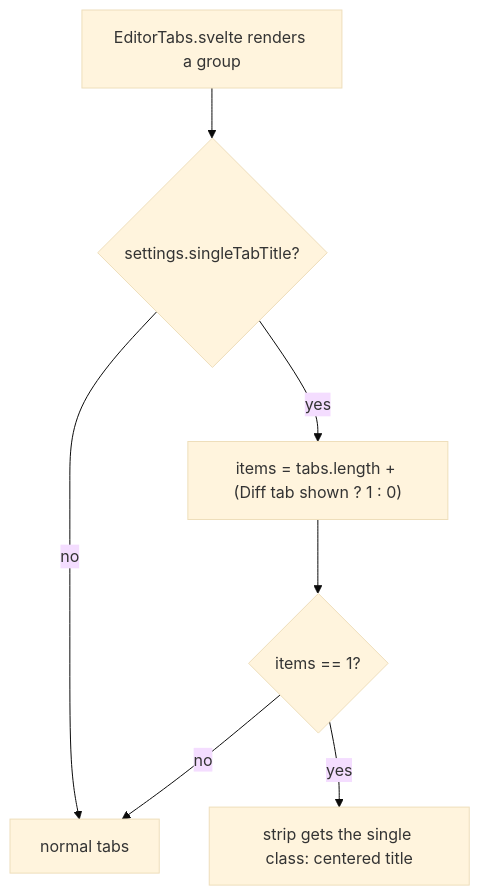
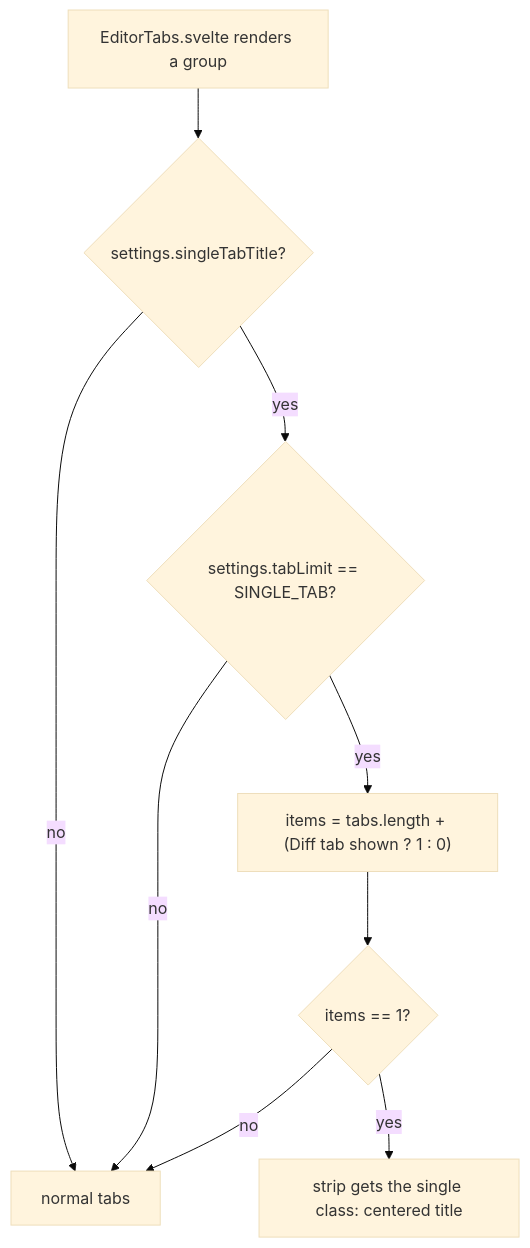
The diagram in docs/wiki/developer/How-the-Single-Tab-Title-Works.md (shibbirweb/git-manager), drawn with Mermaid (base theme) before and after one commit. The commit also changed other lines of this file and 9 other files, not shown here.

Commit message:
feat:[GM-8] show the single tab title only when Tab limit is set to Single tab

````diff
--- a/docs/wiki/developer/How-the-Single-Tab-Title-Works.md
+++ b/docs/wiki/developer/How-the-Single-Tab-Title-Works.md
@@ -21,9 +21,11 @@
 ```mermaid
 flowchart TD
   Start["EditorTabs.svelte renders a group"] --> Setting{"settings.singleTabTitle?"}
   Setting -- no --> Tabs["normal tabs"]
-  Setting -- yes --> Count["items = tabs.length + (Diff tab shown ? 1 : 0)"]
+  Setting -- yes --> Mode{"settings.tabLimit == SINGLE_TAB?"}
+  Mode -- no --> Tabs
+  Mode -- yes --> Count["items = tabs.length + (Diff tab shown ? 1 : 0)"]
   Count --> One{"items == 1?"}
   One -- yes --> Title["strip gets the single class: centered title"]
   One -- no --> Tabs
 ```
````
